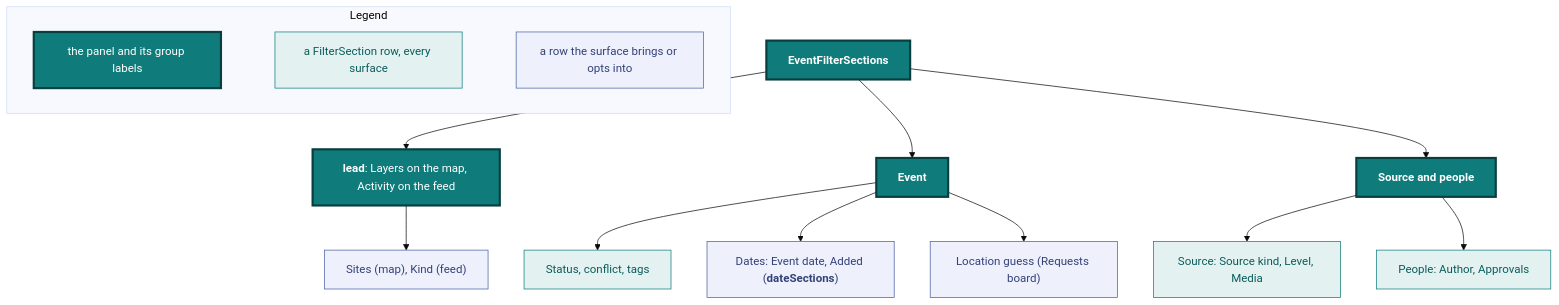
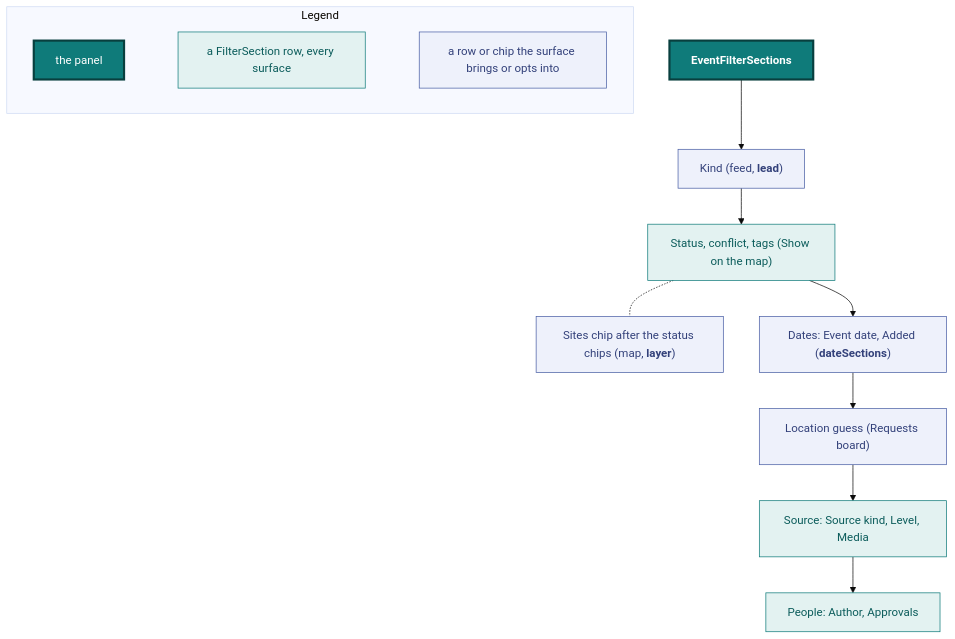
The sixth of 19 diagrams in docs/design.md (vidithq/vidit), drawn with Mermaid (base theme) before and after one commit. The commit also changed other lines of this file and 7 other files, not shown here.

First line of the commit message:
feat(filters): make Sites a filter chip and drop the group headings (#768)

````diff
--- a/docs/design.md
+++ b/docs/design.md
@@ -664,34 +664,26 @@
 ```mermaid
 flowchart TB
   classDef shared fill:#e3f2f1,stroke:#0f7b7a,color:#0b5c5b
   classDef core fill:#0f7b7a,stroke:#083f3e,stroke-width:3px,color:#ffffff
   classDef page fill:#eef1fb,stroke:#4a5fa5,color:#33417a
 
   subgraph legend [Legend]
     direction LR
-    l1["`the panel and its group labels`"]:::core
+    l1["`the panel`"]:::core
     l2["`a FilterSection row, every surface`"]:::shared
-    l3["`a row the surface brings or opts into`"]:::page
+    l3["`a row or chip the surface brings or opts into`"]:::page
     l1 ~~~ l2 ~~~ l3
   end
 
   panel["`**EventFilterSections**`"]:::core
-  lead["`**lead**: Layers on the map, Activity on the feed`"]:::core
-  event["`**Event**`"]:::core
-  source["`**Source and people**`"]:::core
-  sites["`Sites (map), Kind (feed)`"]:::page
-  what["`Status, conflict, tags`"]:::shared
+  kind["`Kind (feed, **lead**)`"]:::page
+  what["`Status, conflict, tags (Show on the map)`"]:::shared
+  sites["`Sites chip after the status chips (map, **layer**)`"]:::page
   dates["`Dates: Event date, Added (**dateSections**)`"]:::page
   guess["`Location guess (Requests board)`"]:::page
   src["`Source: Source kind, Level, Media`"]:::shared
   people["`People: Author, Approvals`"]:::shared
 
-  panel --> lead --> sites
-  panel --> event
-  event --> what
-  event --> dates
-  event --> guess
-  panel --> source
-  source --> src
-  source --> people
+  panel --> kind --> what --> dates --> guess --> src --> people
+  what -.- sites
 ```
````
